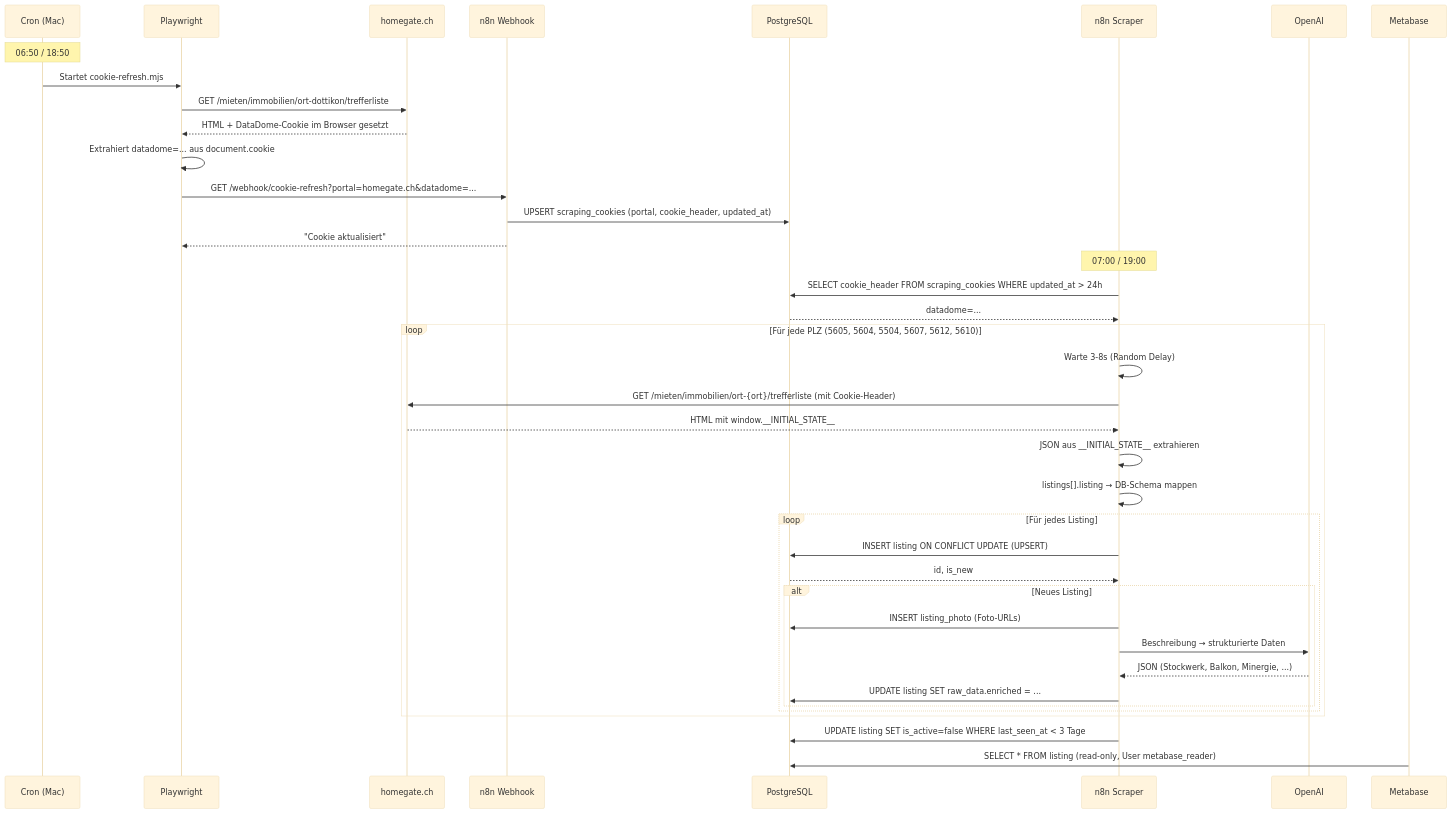
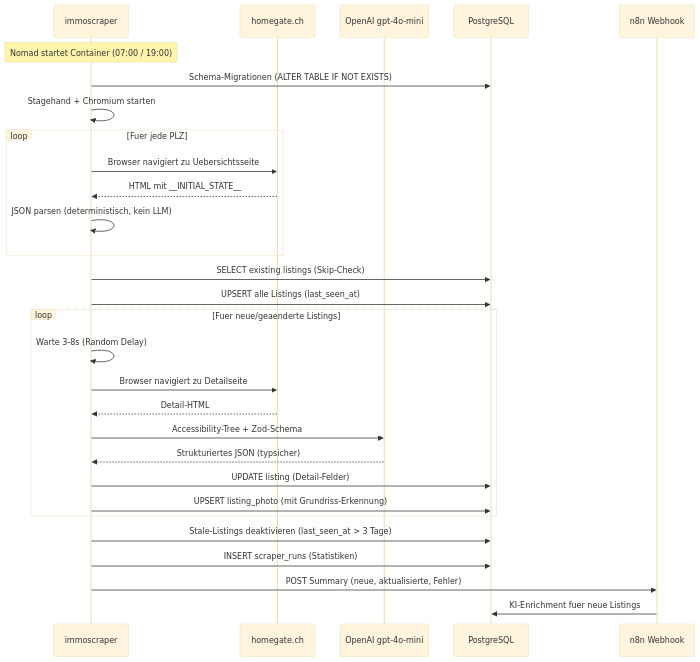
One commit to derever-labs/homelab-wiki changed the second of 2 diagrams in docs/services/productivity/immobilien-monitoring.md. Above: the diagram before and after it, drawn with Mermaid (base theme). The commit also changed other lines of this file and 63 other files, not shown here.

````diff
--- a/docs/services/productivity/immobilien-monitoring.md
+++ b/docs/services/productivity/immobilien-monitoring.md
@@ -85,48 +117,36 @@
 ```mermaid
 sequenceDiagram
-    participant Cron as Cron (Mac)
-    participant PW as Playwright
+    participant SC as immoscraper
     participant HG as homegate.ch
-    participant WH as n8n Webhook
+    participant GPT as OpenAI gpt-4o-mini
     participant DB as PostgreSQL
-    participant Scraper as n8n Scraper
-    participant AI as OpenAI
-    participant MB as Metabase
+    participant N8N as n8n Webhook
 
-    Note over Cron: 06:50 / 18:50
-    Cron->>PW: Startet cookie-refresh.mjs
-    PW->>HG: GET /mieten/immobilien/ort-dottikon/trefferliste
-    HG-->>PW: HTML + DataDome-Cookie im Browser gesetzt
-    PW->>PW: Extrahiert datadome=... aus document.cookie
-    PW->>WH: GET /webhook/cookie-refresh?portal=homegate.ch&datadome=...
-    WH->>DB: UPSERT scraping_cookies (portal, cookie_header, updated_at)
-    WH-->>PW: "Cookie aktualisiert"
+    Note over SC: Nomad startet Container (07:00 / 19:00)
+    SC->>DB: Schema-Migrationen (ALTER TABLE IF NOT EXISTS)
+    SC->>SC: Stagehand + Chromium starten
 
-    Note over Scraper: 07:00 / 19:00
-    Scraper->>DB: SELECT cookie_header FROM scraping_cookies WHERE updated_at > 24h
-    DB-->>Scraper: datadome=...
-
-    loop Für jede PLZ (5605, 5604, 5504, 5607, 5612, 5610)
-        Scraper->>Scraper: Warte 3-8s (Random Delay)
-        Scraper->>HG: GET /mieten/immobilien/ort-{ort}/trefferliste (mit Cookie-Header)
-        HG-->>Scraper: HTML mit window.__INITIAL_STATE__
-        Scraper->>Scraper: JSON aus __INITIAL_STATE__ extrahieren
-        Scraper->>Scraper: listings[].listing → DB-Schema mappen
-
-        loop Für jedes Listing
-            Scraper->>DB: INSERT listing ON CONFLICT UPDATE (UPSERT)
-            DB-->>Scraper: id, is_new
-
-            alt Neues Listing
-                Scraper->>DB: INSERT listing_photo (Foto-URLs)
-                Scraper->>AI: Beschreibung → strukturierte Daten
-                AI-->>Scraper: JSON (Stockwerk, Balkon, Minergie, ...)
-                Scraper->>DB: UPDATE listing SET raw_data.enriched = ...
-            end
-        end
+    loop Fuer jede PLZ
+        SC->>HG: Browser navigiert zu Uebersichtsseite
+        HG-->>SC: HTML mit __INITIAL_STATE__
+        SC->>SC: JSON parsen (deterministisch, kein LLM)
     end
 
-    Scraper->>DB: UPDATE listing SET is_active=false WHERE last_seen_at < 3 Tage
+    SC->>DB: SELECT existing listings (Skip-Check)
+    SC->>DB: UPSERT alle Listings (last_seen_at)
 
-    MB->>DB: SELECT * FROM listing (read-only, User metabase_reader)
+    loop Fuer neue/geaenderte Listings
+        SC->>SC: Warte 3-8s (Random Delay)
+        SC->>HG: Browser navigiert zu Detailseite
+        HG-->>SC: Detail-HTML
+        SC->>GPT: Accessibility-Tree + Zod-Schema
+        GPT-->>SC: Strukturiertes JSON (typsicher)
+        SC->>DB: UPDATE listing (Detail-Felder)
+        SC->>DB: UPSERT listing_photo (mit Grundriss-Erkennung)
+    end
+
+    SC->>DB: Stale-Listings deaktivieren (last_seen_at > 3 Tage)
+    SC->>DB: INSERT scraper_runs (Statistiken)
+    SC->>N8N: POST Summary (neue, aktualisierte, Fehler)
+    N8N->>DB: KI-Enrichment fuer neue Listings
 ```
````
